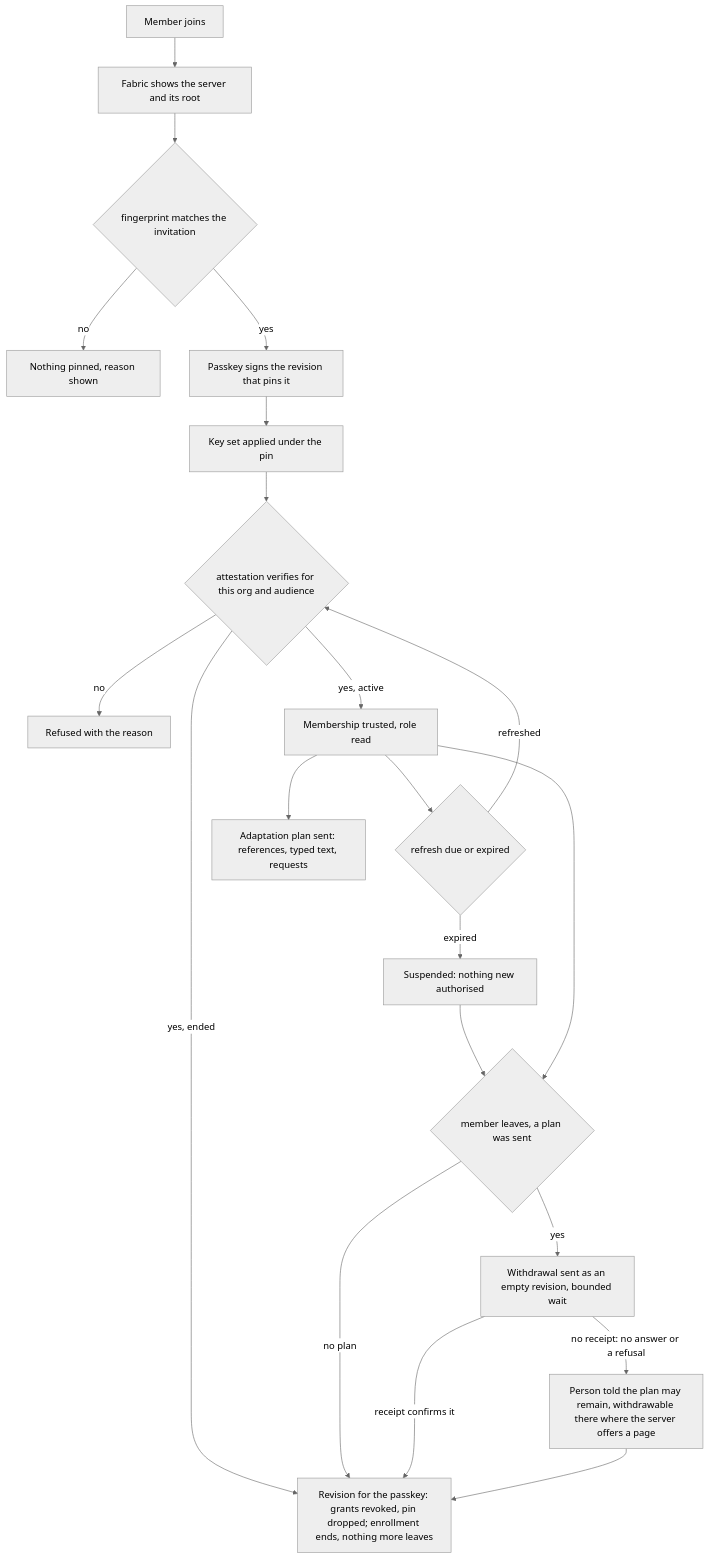
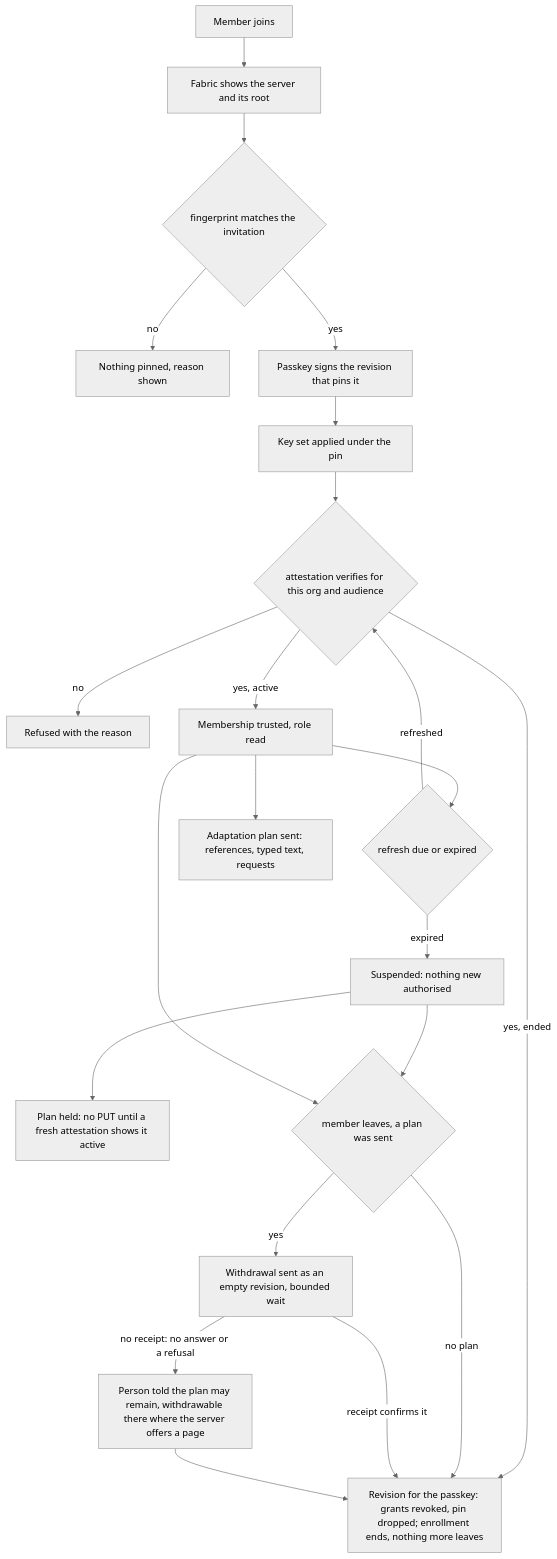
Diagram 32 of 32 in docs/ux/flows.md (passioncode-ai/fabric-agent-contract), drawn with Mermaid (neutral theme) before and after one commit. The commit also changed 11 other files, not shown here.

````diff
--- a/docs/ux/flows.md
+++ b/docs/ux/flows.md
@@ -805,23 +805,24 @@
 ```mermaid
 flowchart TD
   J[Member joins] --> P[Fabric shows the server and its root]
   P --> C{fingerprint matches the invitation}
   C -->|no| N[Nothing pinned, reason shown]
   C -->|yes| S[Passkey signs the revision that pins it]
   S --> K[Key set applied under the pin]
   K --> A{attestation verifies for this org and audience}
   A -->|no| R[Refused with the reason]
   A -->|yes, active| T[Membership trusted, role read]
   A -->|yes, ended| E[Revision for the passkey: grants revoked, pin dropped; enrollment ends, nothing more leaves]
   T --> F{refresh due or expired}
   F -->|refreshed| A
   F -->|expired| U[Suspended: nothing new authorised]
+  U --> H[Plan held: no PUT until a fresh attestation shows it active]
   U --> L
   T --> D[Adaptation plan sent: references, typed text, requests]
   T --> L{member leaves, a plan was sent}
   L -->|no plan| E
   L -->|yes| W[Withdrawal sent as an empty revision, bounded wait]
   W -->|receipt confirms it| E
   W -->|no receipt: no answer or a refusal| M[Person told the plan may remain, withdrawable there where the server offers a page]
   M --> E
 ```
````
